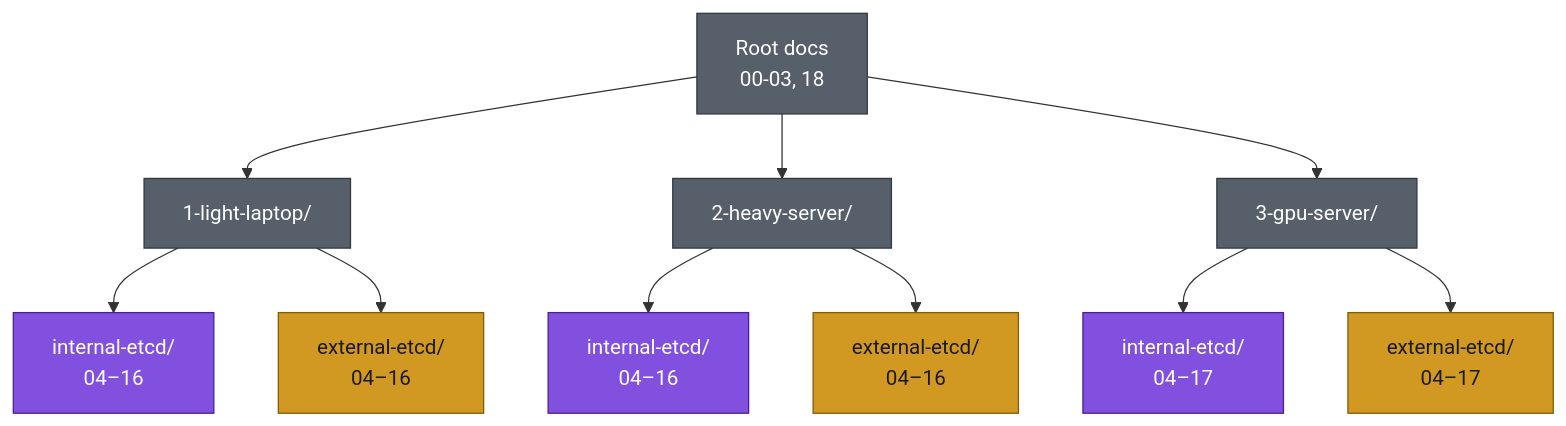
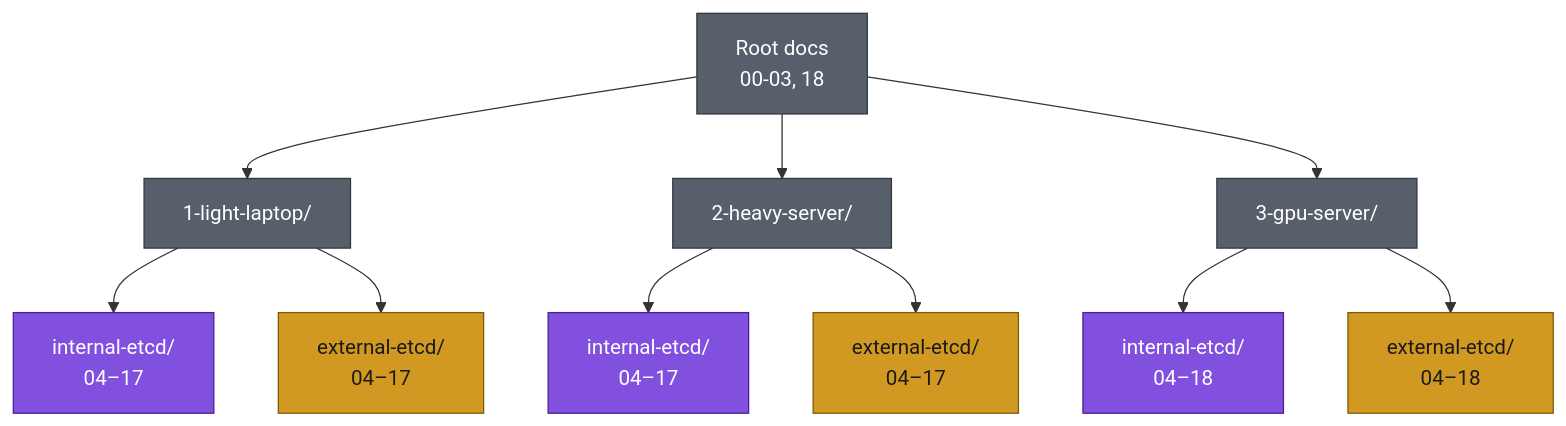
The diagram in README.md (bahman-farhadian/kubernetes-lab), drawn with Mermaid before and after one commit. The commit also changed other lines of this file and 23 other files, not shown here.

````diff
--- a/README.md
+++ b/README.md
@@ -37,18 +37,18 @@
 ```mermaid
 flowchart TD
     Root["Root docs\n00-03, 18"]:::common
     Root --> Light["1-light-laptop/"]:::common
     Root --> Heavy["2-heavy-server/"]:::common
     Root --> GPU["3-gpu-server/"]:::common
 
-    Light --> LI["internal-etcd/\n04–16"]:::scenarioA
-    Light --> LE["external-etcd/\n04–16"]:::scenarioB
-    Heavy --> HI["internal-etcd/\n04–16"]:::scenarioA
-    Heavy --> HE["external-etcd/\n04–16"]:::scenarioB
-    GPU --> GI["internal-etcd/\n04–17"]:::scenarioA
-    GPU --> GE["external-etcd/\n04–17"]:::scenarioB
+    Light --> LI["internal-etcd/\n04–17"]:::scenarioA
+    Light --> LE["external-etcd/\n04–17"]:::scenarioB
+    Heavy --> HI["internal-etcd/\n04–17"]:::scenarioA
+    Heavy --> HE["external-etcd/\n04–17"]:::scenarioB
+    GPU --> GI["internal-etcd/\n04–18"]:::scenarioA
+    GPU --> GE["external-etcd/\n04–18"]:::scenarioB
 
     classDef common fill:#57606a,stroke:#32383f,color:#ffffff
     classDef scenarioA fill:#8250df,stroke:#4b1f91,color:#ffffff
     classDef scenarioB fill:#d29922,stroke:#7d5c05,color:#1a1a1a
 ```
````
